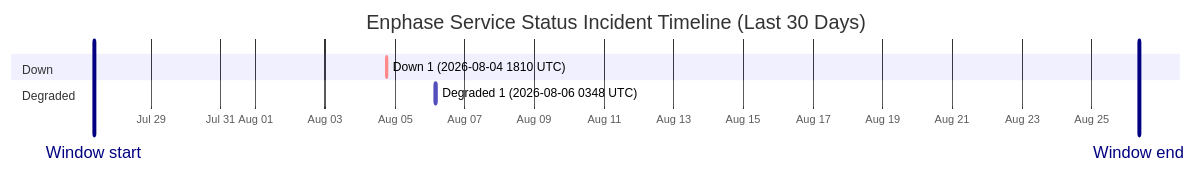
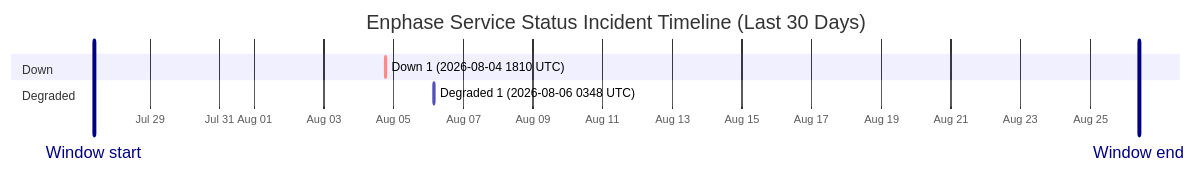
Before and after one commit to barneyonline/ha-enphase-energy: the diagram in wiki/Service-Status-History.md, drawn with Mermaid. The commit also changed other lines of this file and 3 other files, not shown here.

````diff
--- a/wiki/Service-Status-History.md
+++ b/wiki/Service-Status-History.md
@@ -14,12 +14,12 @@
 ```mermaid
 gantt
     title Enphase Service Status Incident Timeline (Last 30 Days)
     dateFormat  YYYY-MM-DDTHH:mm:ss
     axisFormat  %b %d
-    Window start :vert, window-start, 2026-07-27T08:40:12, 0ms
-    Window end :vert, window-end, 2026-08-26T08:40:12, 0ms
+    Window start :vert, window-start, 2026-07-27T09:38:49, 0ms
+    Window end :vert, window-end, 2026-08-26T09:38:49, 0ms
     section Down
     Down 1 (2026-08-04 1810 UTC) :crit, down-1, 2026-08-04T18:10:46, 60m
     section Degraded
     Degraded 1 (2026-08-06 0348 UTC) :active, degraded-1, 2026-08-06T03:48:14, 60m
 ```
````
